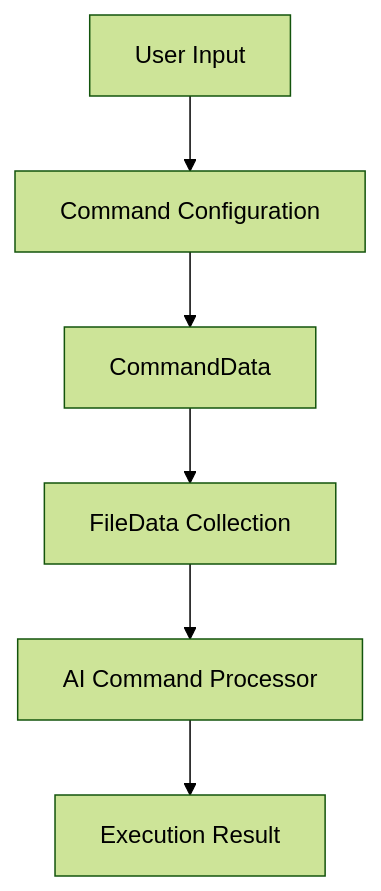
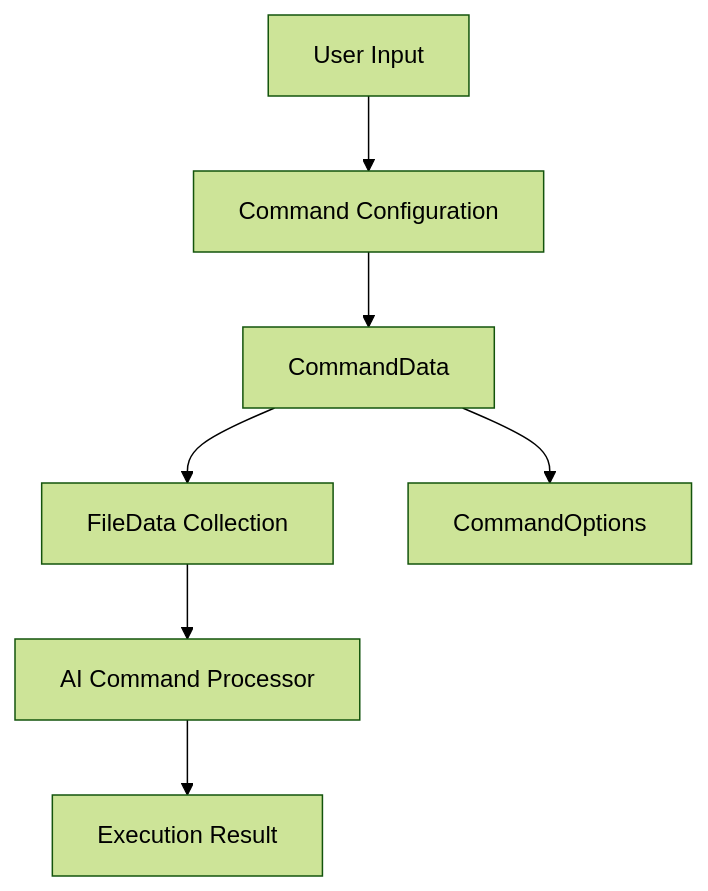
The diagram in src/main/kotlin/de/andrena/codingaider/command/command.md (p-wegner/coding-aider), drawn with Mermaid (forest theme) before and after one commit. The commit also changed other lines of this file, not shown here.

Commit message:
feat: Update command module documentation with enhanced details and class descriptions

````diff
--- a/src/main/kotlin/de/andrena/codingaider/command/command.md
+++ b/src/main/kotlin/de/andrena/codingaider/command/command.md
@@ -67,8 +72,9 @@
 ```mermaid
 graph TD
     UserInput[User Input] --> CommandConfiguration[Command Configuration]
     CommandConfiguration --> CommandData[CommandData]
     CommandData --> FileData[FileData Collection]
     FileData --> AIProcessor[AI Command Processor]
     AIProcessor --> ExecutionResult[Execution Result]
+    CommandData --> CommandOptions[CommandOptions]
 ```
````
